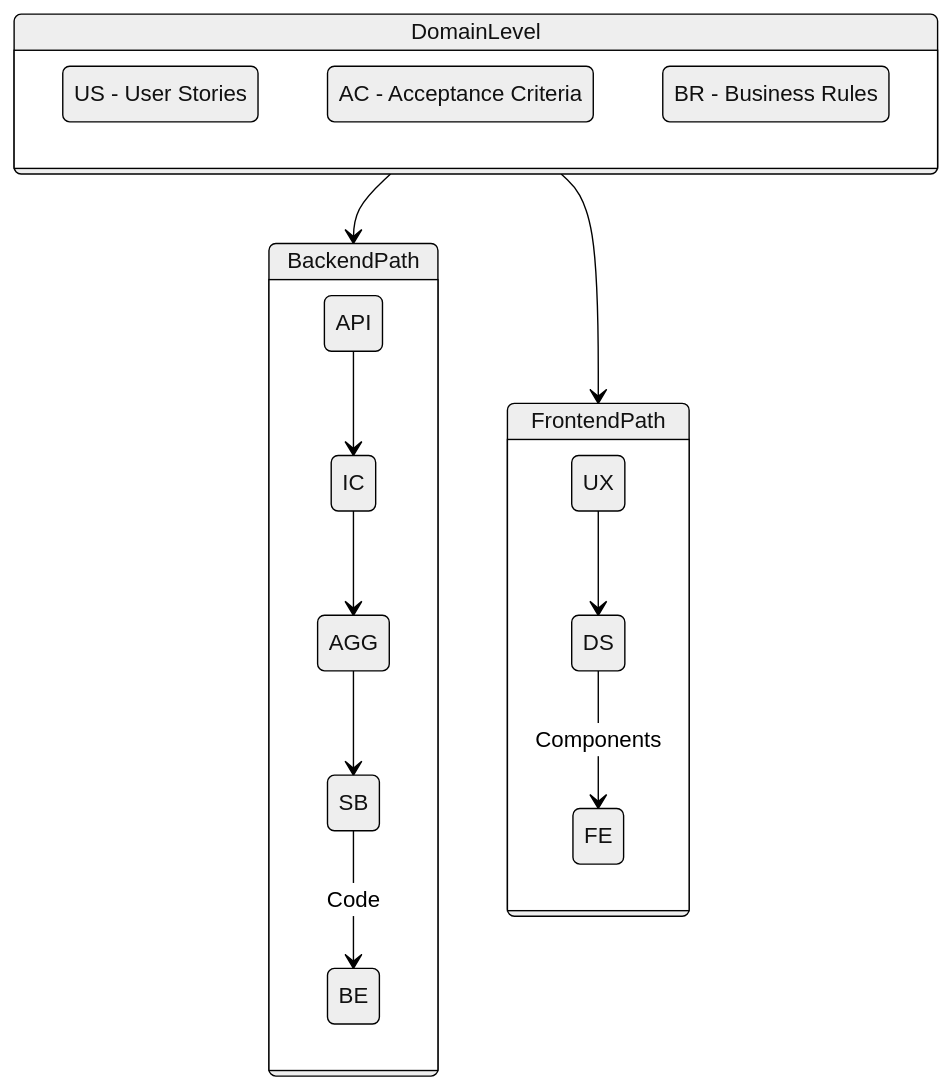
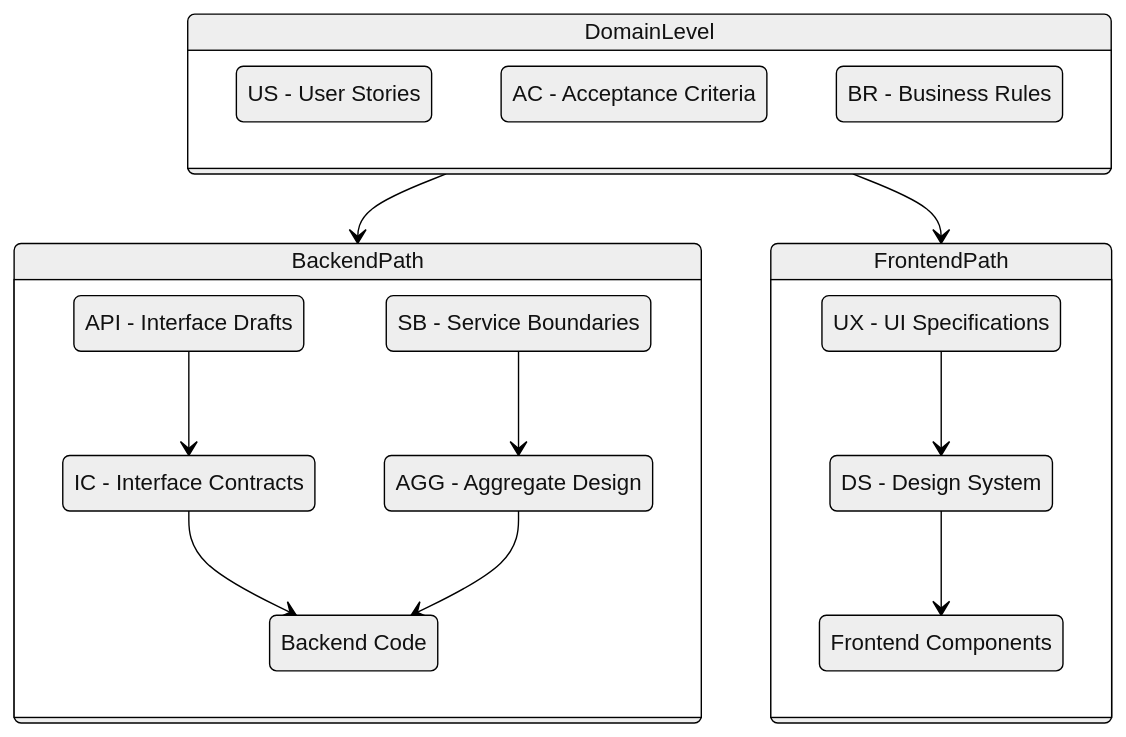
Before and after one commit to ikadar/ewlin: the diagram in docs/documentation-standards/index.md, drawn with Mermaid. The commit also changed 6 other files, not shown here.

````diff
--- a/docs/documentation-standards/index.md
+++ b/docs/documentation-standards/index.md
@@ -41,26 +41,36 @@
 ```mermaid
 %%{init: {'theme':'neutral'}}%%
 stateDiagram-v2
     direction TB
 
     state DomainLevel {
         US: US - User Stories
         AC: AC - Acceptance Criteria
         BR: BR - Business Rules
     }
 
     state BackendPath {
+        API: API - Interface Drafts
+        IC: IC - Interface Contracts
+        AGG: AGG - Aggregate Design
+        SB: SB - Service Boundaries
+        BE: Backend Code
+
         API --> IC
-        IC --> AGG
-        AGG --> SB
-        SB --> BE: Code
+        IC --> BE
+        SB --> AGG
+        AGG --> BE
     }
 
     state FrontendPath {
+        UX: UX - UI Specifications
+        DS: DS - Design System
+        FE: Frontend Components
+
         UX --> DS
-        DS --> FE: Components
+        DS --> FE
     }
 
     DomainLevel --> BackendPath
     DomainLevel --> FrontendPath
 ```
````
